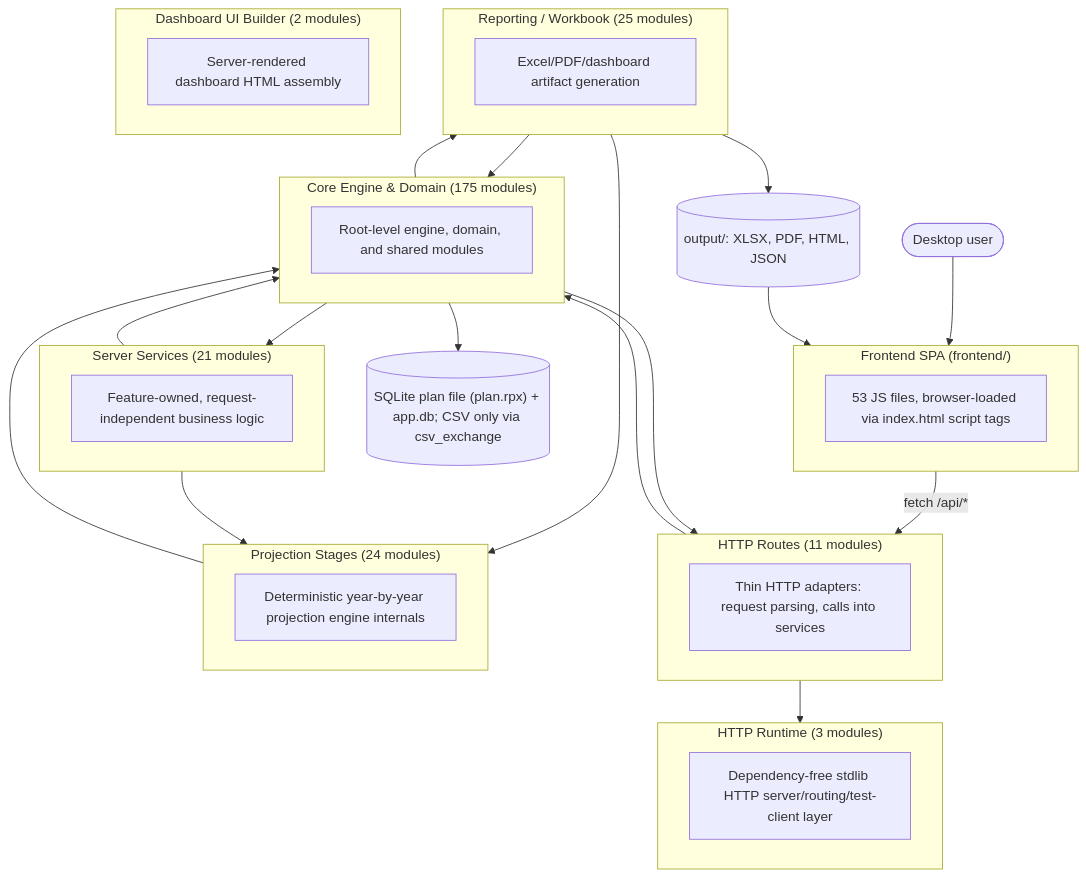
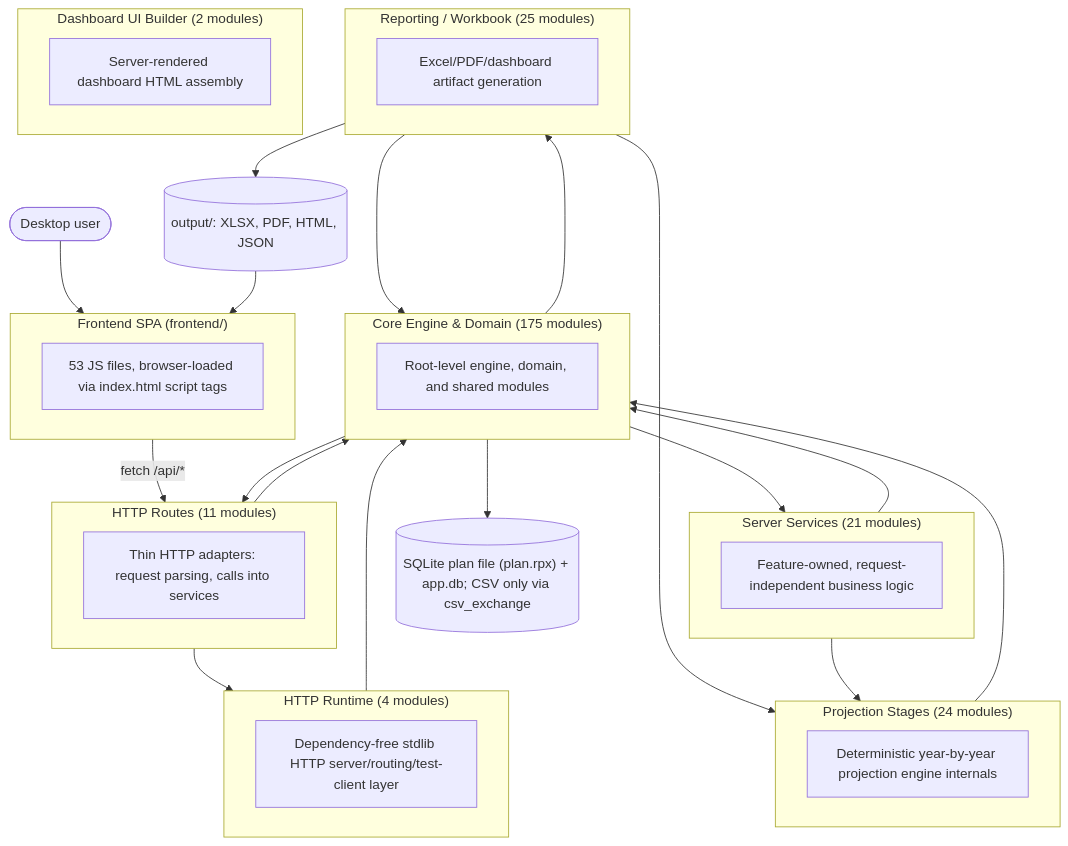
One commit to matthartzman/retirement_system changed the first of 2 diagrams in documentation/reference/SYSTEM_ARCHITECTURE_DIAGRAM.md. Above: the diagram before and after it, drawn with Mermaid. The commit also changed other lines of this file, not shown here.

First line of the commit message:
Regenerate system architecture diagram after Wave 1 merges

````diff
--- a/documentation/reference/SYSTEM_ARCHITECTURE_DIAGRAM.md
+++ b/documentation/reference/SYSTEM_ARCHITECTURE_DIAGRAM.md
@@ -11,42 +11,43 @@
 ```mermaid
 flowchart TB
     User(["Desktop user"]) --> FE
     subgraph FE["Frontend SPA (frontend/)"]
         FEcount["53 JS files, browser-loaded via index.html script tags"]
     end
     FE -->|fetch /api/*| L_HTTP_Routes
     subgraph L_HTTP_Routes["HTTP Routes (11 modules)"]
         L_HTTP_Routes_d["Thin HTTP adapters: request parsing, calls into services"]
     end
     subgraph L_Server_Services["Server Services (21 modules)"]
         L_Server_Services_d["Feature-owned, request-independent business logic"]
     end
-    subgraph L_HTTP_Runtime["HTTP Runtime (3 modules)"]
+    subgraph L_HTTP_Runtime["HTTP Runtime (4 modules)"]
         L_HTTP_Runtime_d["Dependency-free stdlib HTTP server/routing/test-client layer"]
     end
     subgraph L_Core_Engine___Domain["Core Engine & Domain (175 modules)"]
         L_Core_Engine___Domain_d["Root-level engine, domain, and shared modules"]
     end
     subgraph L_Projection_Stages["Projection Stages (24 modules)"]
         L_Projection_Stages_d["Deterministic year-by-year projection engine internals"]
     end
     subgraph L_Reporting___Workbook["Reporting / Workbook (25 modules)"]
         L_Reporting___Workbook_d["Excel/PDF/dashboard artifact generation"]
     end
     subgraph L_Dashboard_UI_Builder["Dashboard UI Builder (2 modules)"]
         L_Dashboard_UI_Builder_d["Server-rendered dashboard HTML assembly"]
     end
     L_Core_Engine___Domain --> L_HTTP_Routes
     L_Core_Engine___Domain --> L_Reporting___Workbook
     L_Core_Engine___Domain --> L_Server_Services
     L_HTTP_Routes --> L_Core_Engine___Domain
     L_HTTP_Routes --> L_HTTP_Runtime
+    L_HTTP_Runtime --> L_Core_Engine___Domain
     L_Projection_Stages --> L_Core_Engine___Domain
     L_Reporting___Workbook --> L_Core_Engine___Domain
     L_Reporting___Workbook --> L_Projection_Stages
     L_Server_Services --> L_Core_Engine___Domain
     L_Server_Services --> L_Projection_Stages
     L_Core_Engine___Domain --> DB[("SQLite plan file (plan.rpx) + app.db; CSV only via csv_exchange")]
     L_Reporting___Workbook --> Outputs[("output/: XLSX, PDF, HTML, JSON")]
     Outputs --> FE
 ```
````
